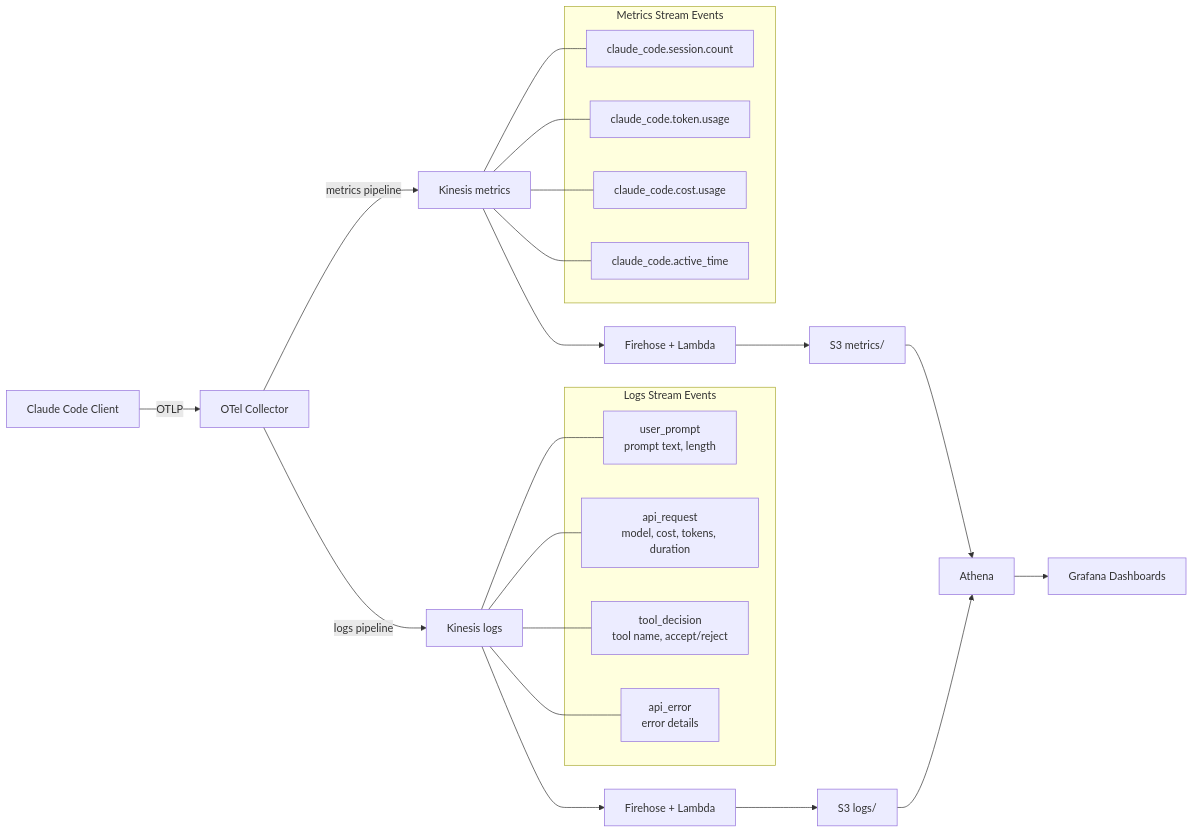
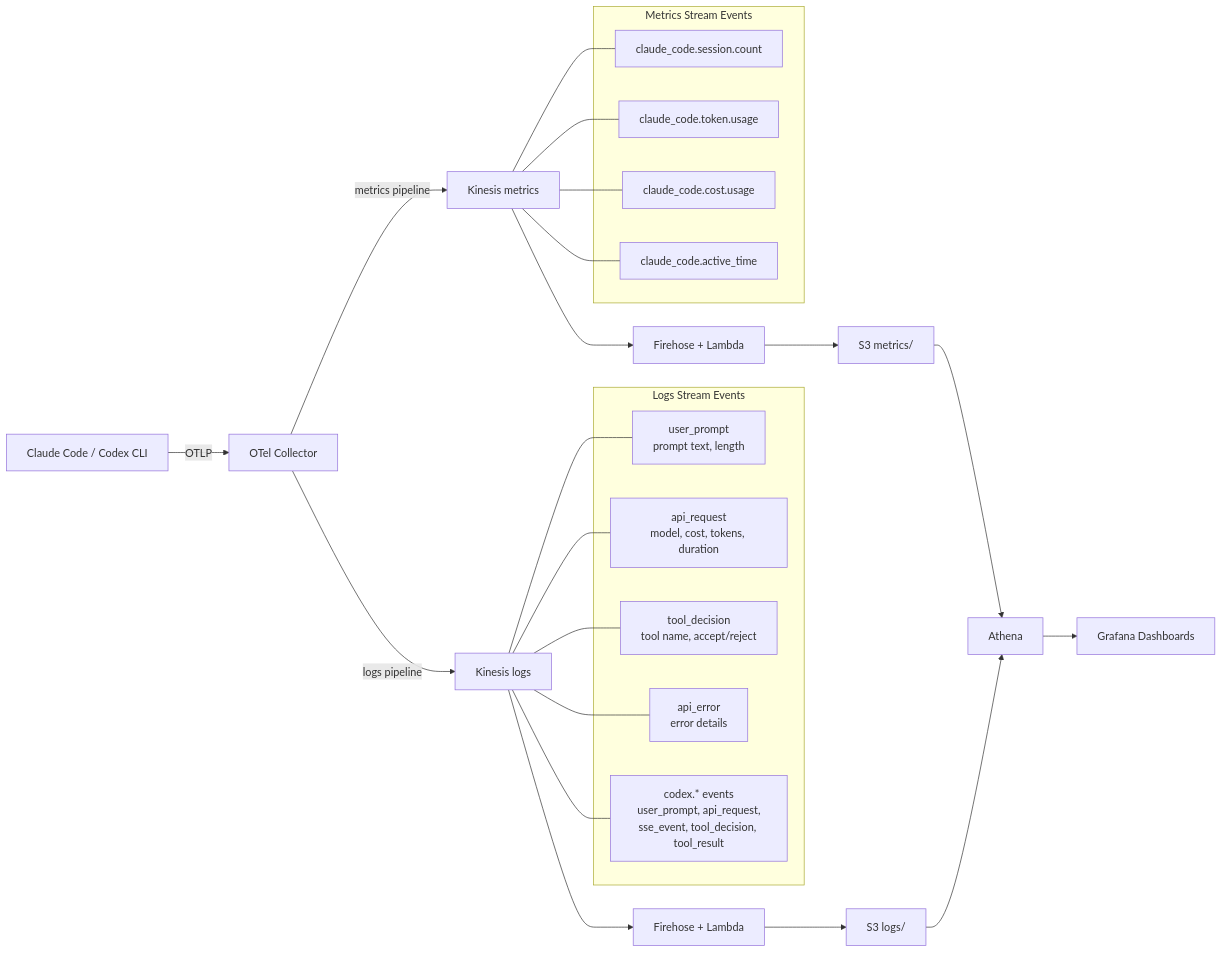
One commit to aws-samples/sample-serverless-observability-for-ai-coding-assistants changed the fourth of 5 diagrams in docs/data-flow.md. Above: the diagram before and after it, drawn with Mermaid. The commit also changed other lines of this file and 17 other files, not shown here.

````diff
--- a/docs/data-flow.md
+++ b/docs/data-flow.md
@@ -83,31 +83,32 @@
 ```mermaid
 graph LR
-    CC[Claude Code Client] -->|OTLP| COL[OTel Collector]
+    CC[Claude Code / Codex CLI] -->|OTLP| COL[OTel Collector]
 
     COL -->|metrics pipeline| KM[Kinesis metrics]
     COL -->|logs pipeline| KL[Kinesis logs]
 
     subgraph "Metrics Stream Events"
         M1[claude_code.session.count]
         M2[claude_code.token.usage]
         M3[claude_code.cost.usage]
         M4[claude_code.active_time]
     end
 
     subgraph "Logs Stream Events"
         L1[user_prompt<br/>prompt text, length]
         L2[api_request<br/>model, cost, tokens, duration]
         L3[tool_decision<br/>tool name, accept/reject]
         L4[api_error<br/>error details]
+        L5[codex.* events<br/>user_prompt, api_request,<br/>sse_event, tool_decision, tool_result]
     end
 
     KM --- M1 & M2 & M3 & M4
-    KL --- L1 & L2 & L3 & L4
+    KL --- L1 & L2 & L3 & L4 & L5
 
     KM --> FHM[Firehose + Lambda] --> S3M[S3 metrics/]
     KL --> FHL[Firehose + Lambda] --> S3L[S3 logs/]
 
     S3M --> ATH[Athena]
     S3L --> ATH
     ATH --> GF[Grafana Dashboards]
 ```
````
